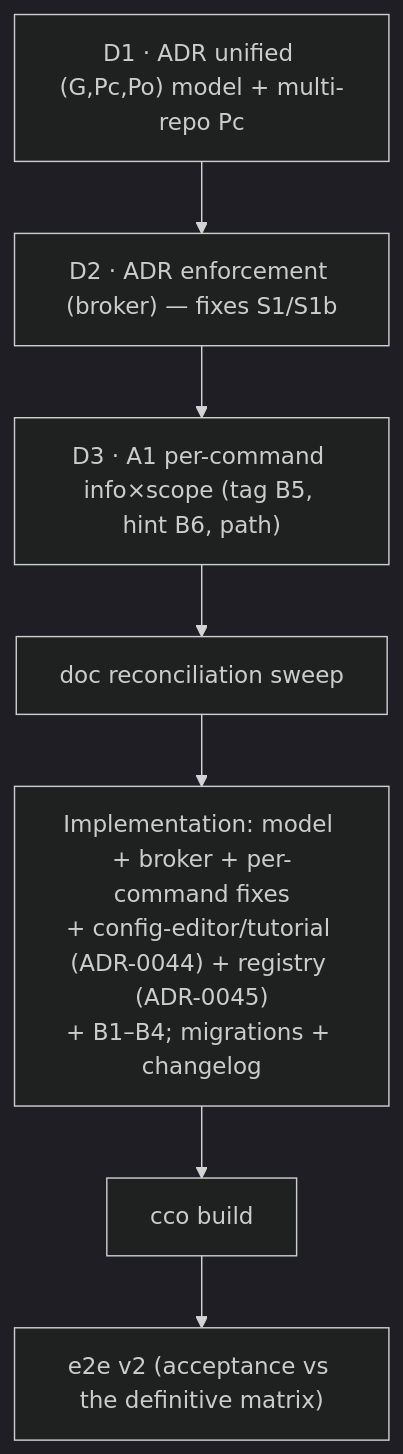
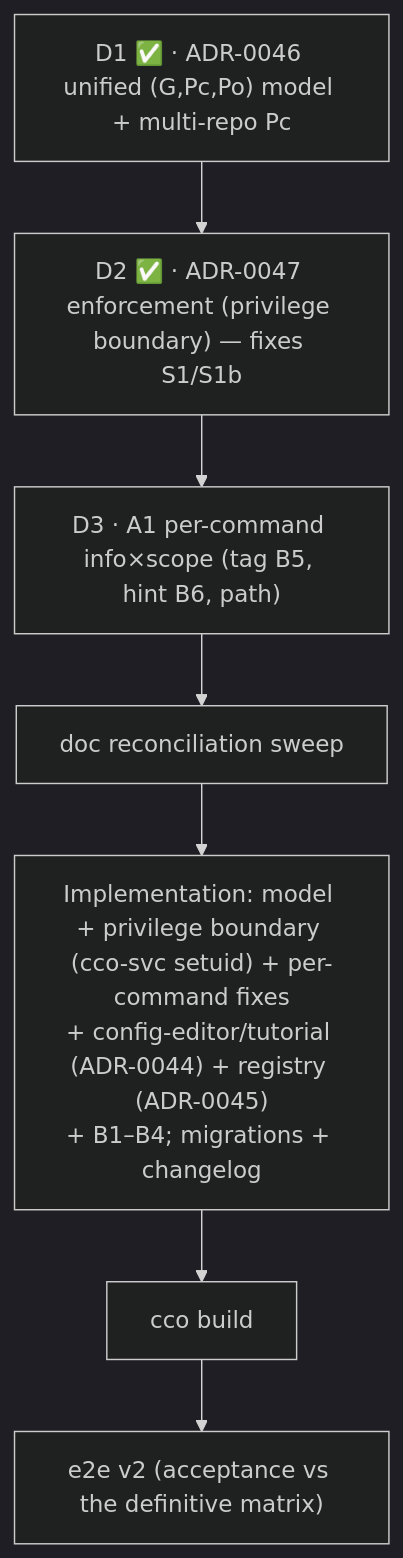
The diagram in docs/maintainers/configuration/agent-cco-access/e2e-review/pre-revalidation-backlog.md (alergyonthestage/claude-orchestrator), drawn with Mermaid (dark theme) before and after one commit. The commit also changed other lines of this file and 3 other files, not shown here.

First line of the commit message:
docs(access): mark D2 done (ADR-0047) across tracking — roadmap, backlog M2, handoffs

````diff
--- a/docs/maintainers/configuration/agent-cco-access/e2e-review/pre-revalidation-backlog.md
+++ b/docs/maintainers/configuration/agent-cco-access/e2e-review/pre-revalidation-backlog.md
@@ -159,9 +164,9 @@
 ```mermaid
 flowchart TD
-  D1["D1 · ADR unified (G,Pc,Po) model + multi-repo Pc"] --> D2["D2 · ADR enforcement (broker) — fixes S1/S1b"]
+  D1["D1 ✅ · ADR-0046 unified (G,Pc,Po) model + multi-repo Pc"] --> D2["D2 ✅ · ADR-0047 enforcement (privilege boundary) — fixes S1/S1b"]
   D2 --> D3["D3 · A1 per-command info×scope (tag B5, hint B6, path)"]
   D3 --> R["doc reconciliation sweep"]
-  R --> I["Implementation: model + broker + per-command fixes\n+ config-editor/tutorial (ADR-0044) + registry (ADR-0045)\n+ B1–B4; migrations + changelog"]
+  R --> I["Implementation: model + privilege boundary (cco-svc setuid) + per-command fixes\n+ config-editor/tutorial (ADR-0044) + registry (ADR-0045)\n+ B1–B4; migrations + changelog"]
   I --> BUILD["cco build"]
   BUILD --> E["e2e v2 (acceptance vs the definitive matrix)"]
 ```
````
